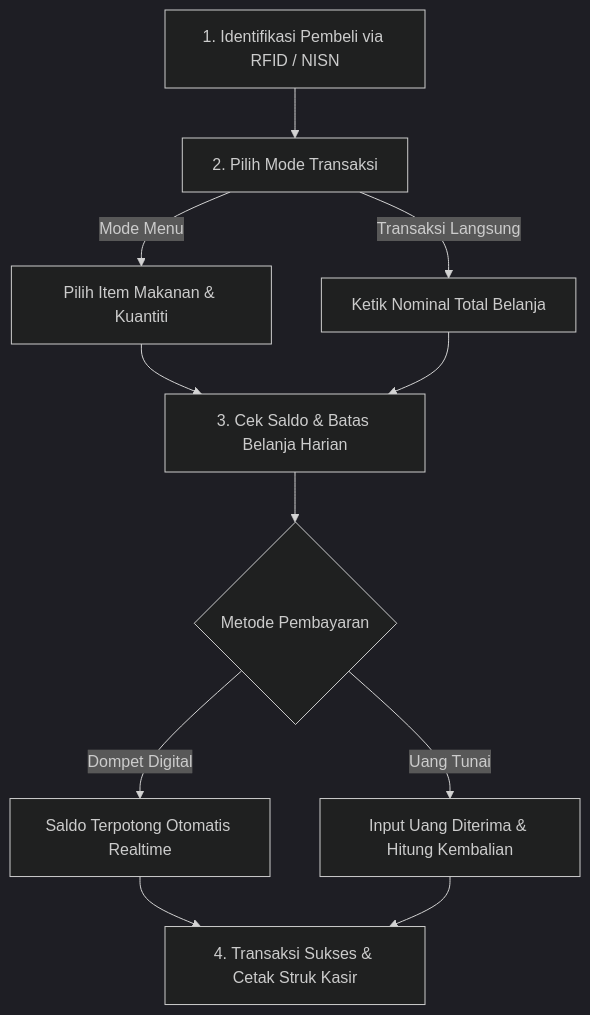
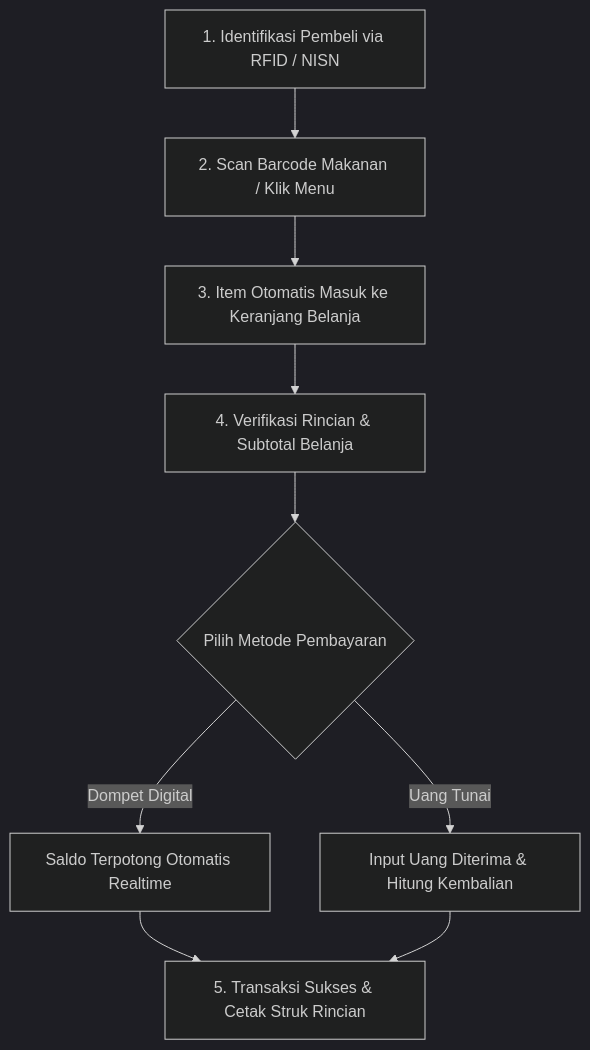
Before and after one commit to mrefawaladam/docs-supercschool: the diagram in docs/panduan-kantin/pos-kasir.md, drawn with Mermaid (dark theme). The commit also changed other lines of this file and 6 other files, not shown here.

````diff
--- a/docs/panduan-kantin/pos-kasir.md
+++ b/docs/panduan-kantin/pos-kasir.md
@@ -19,13 +33,11 @@
 ```mermaid
 flowchart TD
-    A["1. Identifikasi Pembeli via RFID / NISN"] --> B["2. Pilih Mode Transaksi"]
-    B -->|Mode Menu| C["Pilih Item Makanan & Kuantiti"]
-    B -->|Transaksi Langsung| D["Ketik Nominal Total Belanja"]
-    C --> E["3. Cek Saldo & Batas Belanja Harian"]
-    D --> E
-    E --> F{"Metode Pembayaran"}
-    F -->|Dompet Digital| G["Saldo Terpotong Otomatis Realtime"]
-    F -->|Uang Tunai| H["Input Uang Diterima & Hitung Kembalian"]
-    G --> I["4. Transaksi Sukses & Cetak Struk Kasir"]
-    H --> I
+    A["1. Identifikasi Pembeli via RFID / NISN"] --> B["2. Scan Barcode Makanan / Klik Menu"]
+    B --> C["3. Item Otomatis Masuk ke Keranjang Belanja"]
+    C --> D["4. Verifikasi Rincian & Subtotal Belanja"]
+    D --> E{"Pilih Metode Pembayaran"}
+    E -->|Dompet Digital| F["Saldo Terpotong Otomatis Realtime"]
+    E -->|Uang Tunai| G["Input Uang Diterima & Hitung Kembalian"]
+    F --> H["5. Transaksi Sukses & Cetak Struk Rincian"]
+    G --> H
 ```
````
